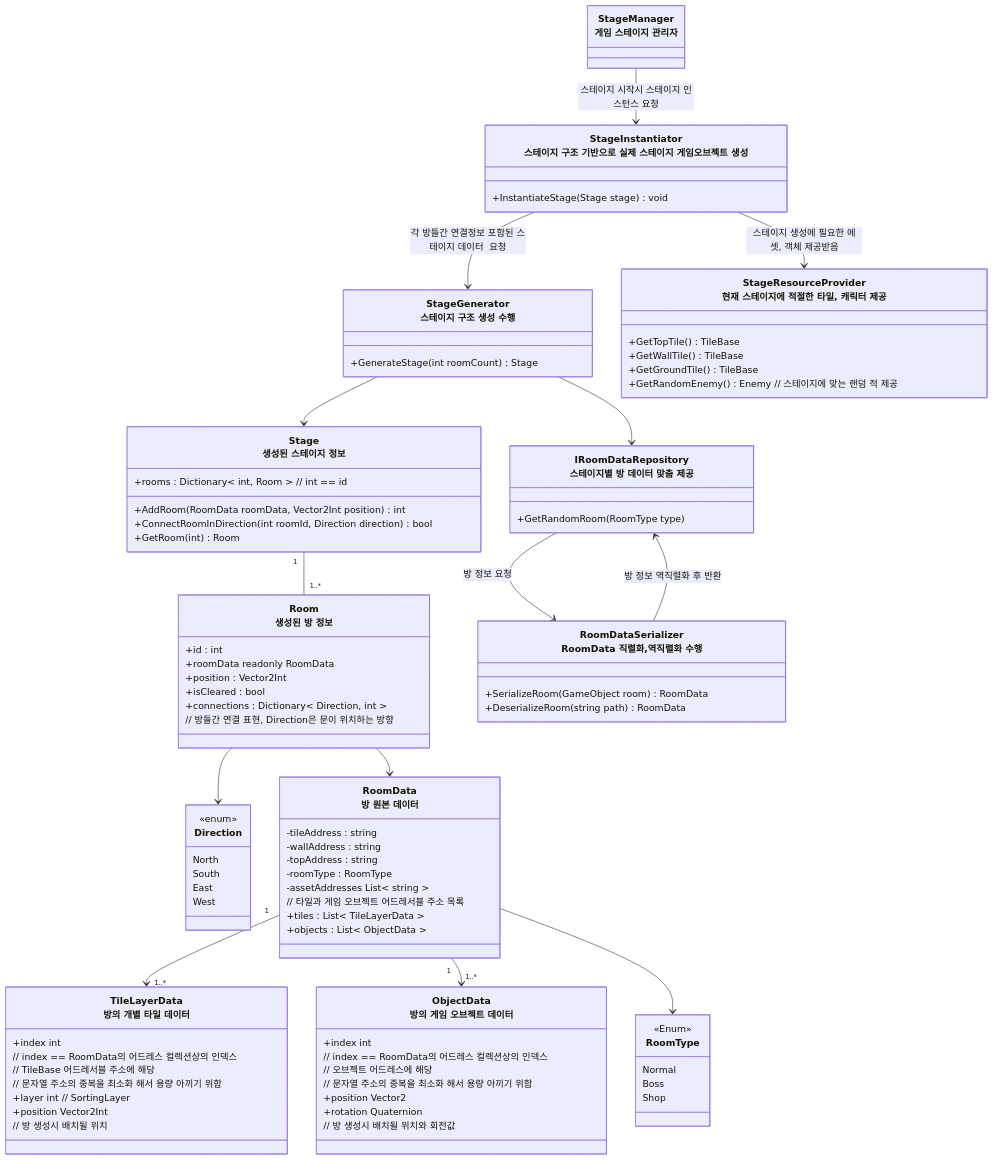
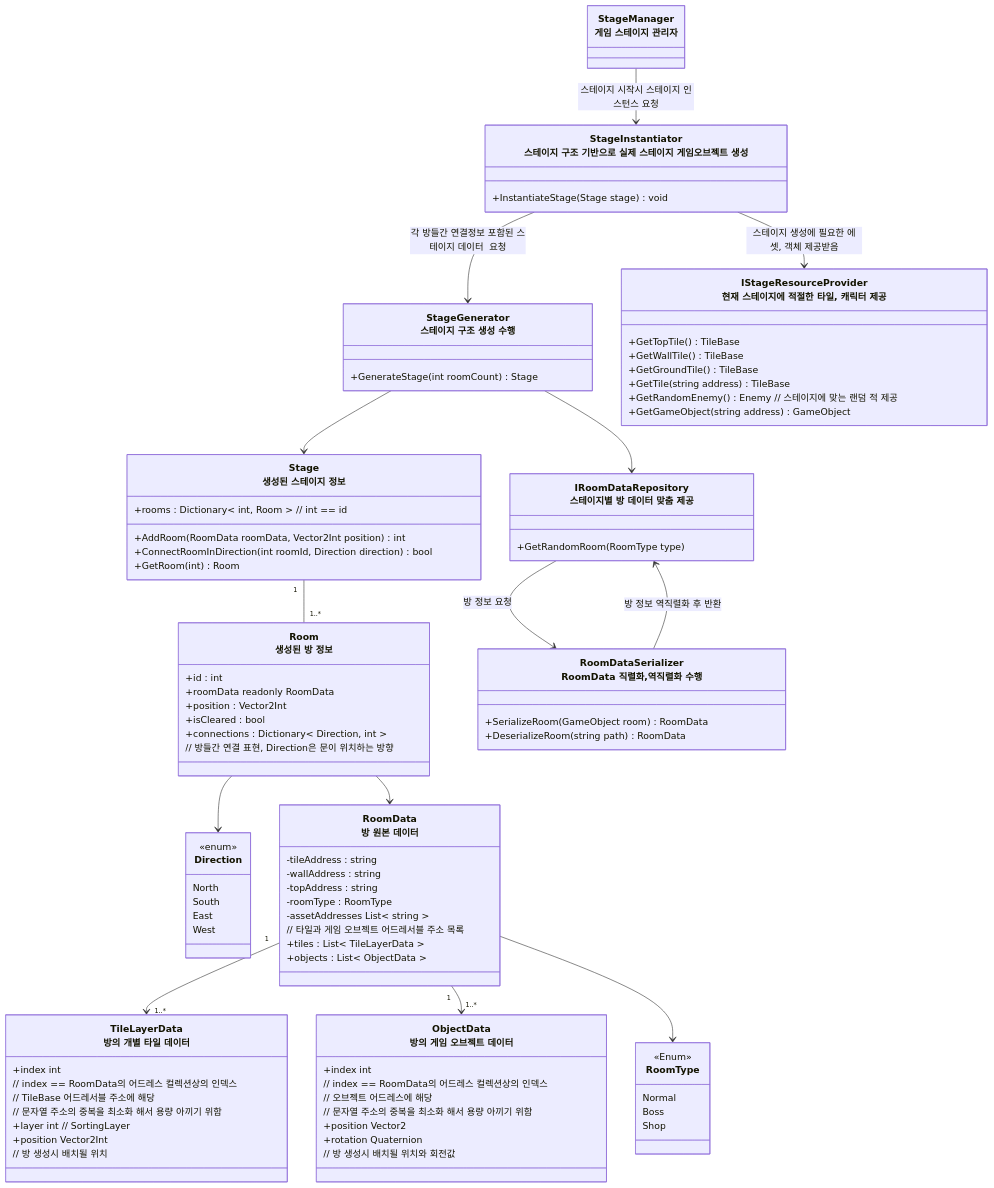
One commit to JIN5EOK/DungeonShooter changed the first of 5 diagrams in Assets/_README/Stage_Spec.md. Above: the diagram before and after it, drawn with Mermaid. The commit also changed 5 other files, not shown here.

Commit message:
feat: StageResourceProvider 추가

```diff
--- a/Assets/_README/Stage_Spec.md
+++ b/Assets/_README/Stage_Spec.md
@@ -87,14 +87,16 @@
         Shop
     }
     
-    class StageResourceProvider["StageResourceProvider<br>현재 스테이지에 적절한  타일, 캐릭터 제공"]{
+    class IStageResourceProvider["IStageResourceProvider<br>현재 스테이지에 적절한  타일, 캐릭터 제공"]{
         +GetTopTile() TileBase
         +GetWallTile() TileBase
         +GetGroundTile() TileBase
+        +GetTile(string address) TileBase
         +GetRandomEnemy() Enemy // 스테이지에 맞는 랜덤 적 제공
+        +GetGameObject(string address) GameObject
     }
     
-    StageInstantiator --> StageResourceProvider : 스테이지 생성에 필요한 에셋, 객체 제공받음
+    StageInstantiator --> IStageResourceProvider : 스테이지 생성에 필요한 에셋, 객체 제공받음
     StageGenerator --> IRoomDataRepository
     StageManager --> StageInstantiator : 스테이지 시작시 스테이지 인스턴스 요청
     Room --> Direction
```
